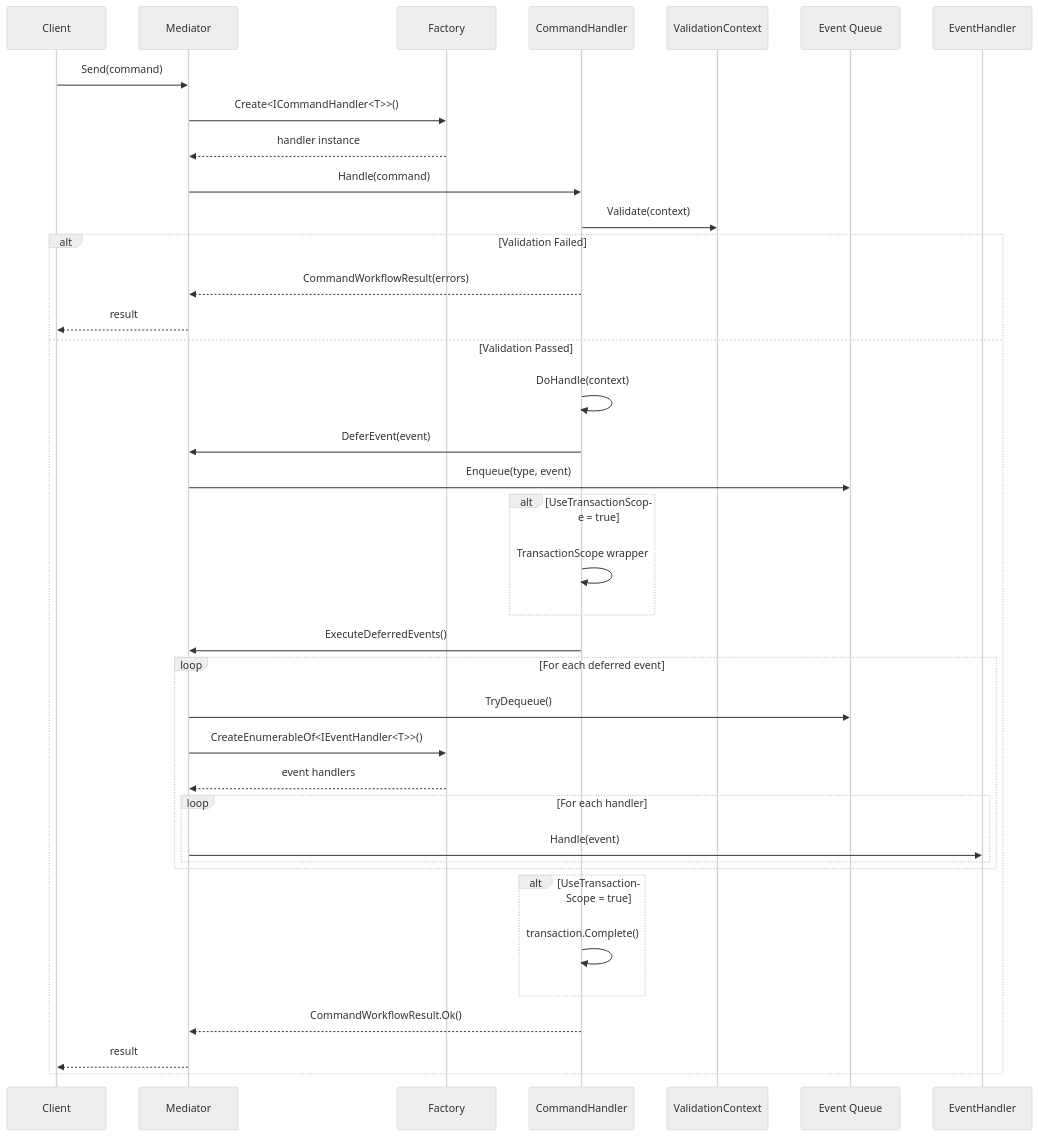
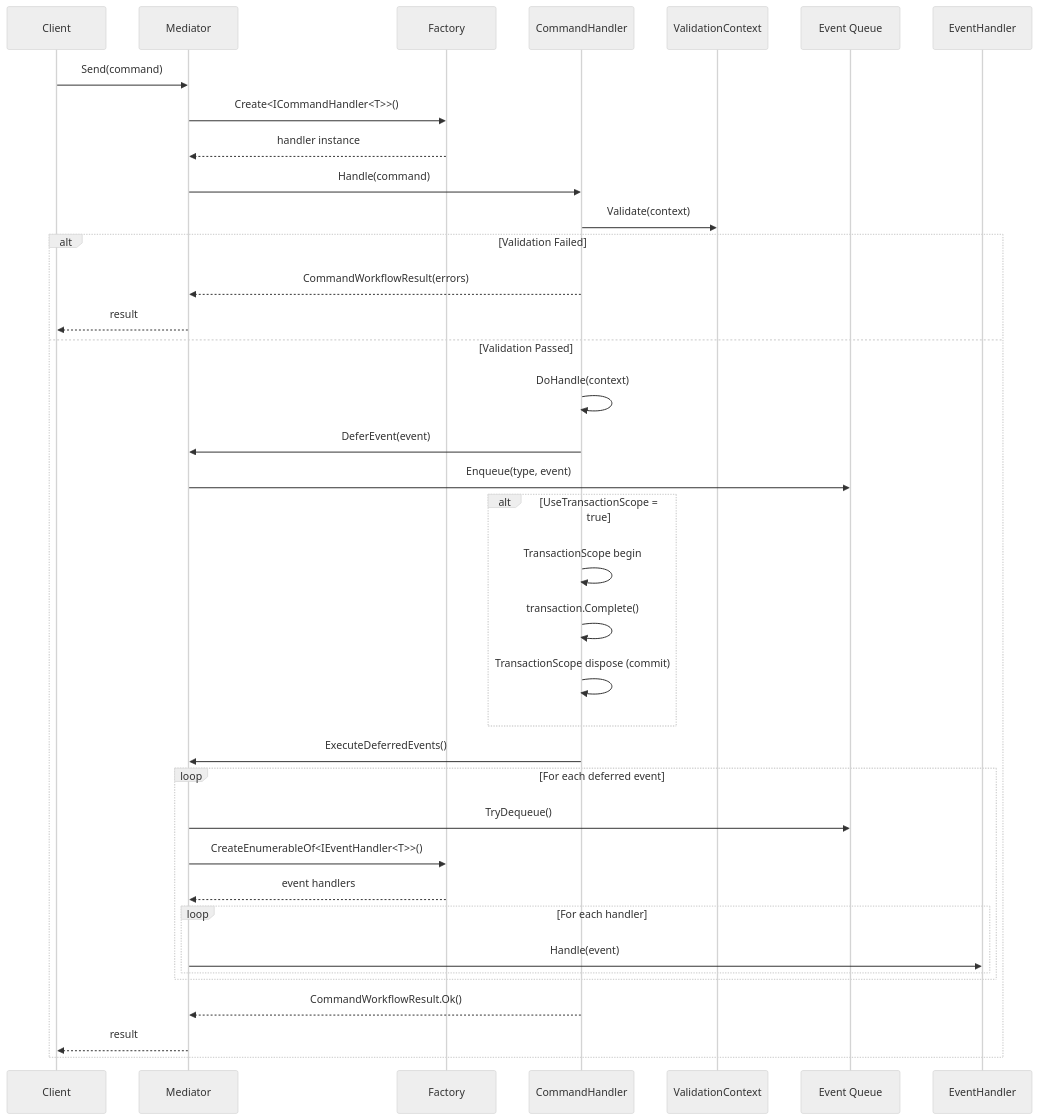
The second of 6 diagrams in ARCHITECTURE.md (jpv001/AsyncMediator), drawn with Mermaid (neutral theme) before and after one commit. The commit also changed other lines of this file and 22 other files, not shown here.

````diff
--- a/ARCHITECTURE.md
+++ b/ARCHITECTURE.md
@@ -107,49 +107,47 @@
 ```mermaid
 sequenceDiagram
     participant Client
     participant Mediator
     participant Factory
     participant Handler as CommandHandler
     participant ValidationCtx as ValidationContext
     participant EventQueue as Event Queue
     participant EventHandler
 
     Client->>Mediator: Send(command)
     Mediator->>Factory: Create<ICommandHandler<T>>()
     Factory-->>Mediator: handler instance
     Mediator->>Handler: Handle(command)
 
     Handler->>ValidationCtx: Validate(context)
 
     alt Validation Failed
         Handler-->>Mediator: CommandWorkflowResult(errors)
         Mediator-->>Client: result
     else Validation Passed
         Handler->>Handler: DoHandle(context)
         Handler->>Mediator: DeferEvent(event)
         Mediator->>EventQueue: Enqueue(type, event)
 
         alt UseTransactionScope = true
-            Handler->>Handler: TransactionScope wrapper
+            Handler->>Handler: TransactionScope begin
+            Handler->>Handler: transaction.Complete()
+            Handler->>Handler: TransactionScope dispose (commit)
         end
 
         Handler->>Mediator: ExecuteDeferredEvents()
 
         loop For each deferred event
             Mediator->>EventQueue: TryDequeue()
             Mediator->>Factory: CreateEnumerableOf<IEventHandler<T>>()
             Factory-->>Mediator: event handlers
 
             loop For each handler
                 Mediator->>EventHandler: Handle(event)
             end
         end
 
-        alt UseTransactionScope = true
-            Handler->>Handler: transaction.Complete()
-        end
-
         Handler-->>Mediator: CommandWorkflowResult.Ok()
         Mediator-->>Client: result
     end
 ```
````
